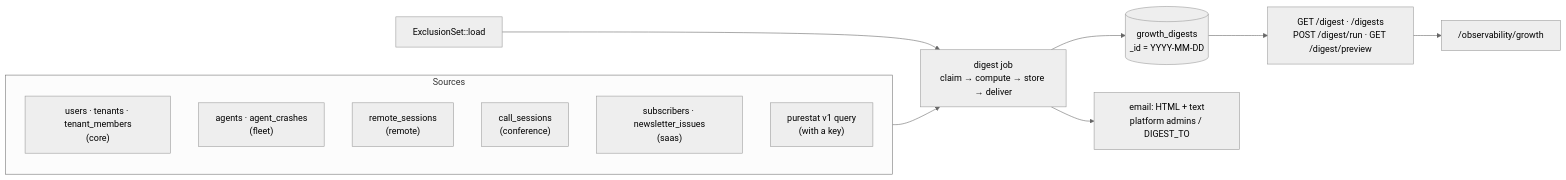
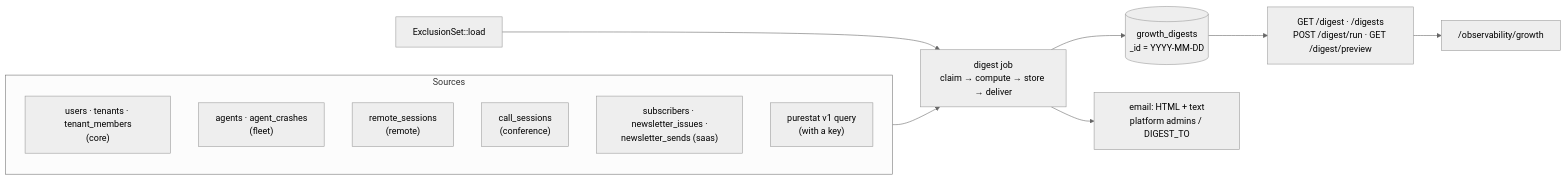
The second of 10 diagrams in docs/growth-observability.md (gjovanov/roomler-ai), drawn with Mermaid (neutral theme) before and after one commit. The commit also changed other lines of this file and 38 other files, not shown here.

````diff
--- a/docs/growth-observability.md
+++ b/docs/growth-observability.md
@@ -84,17 +86,17 @@
 ```mermaid
 flowchart LR
   subgraph sources["Sources"]
     U["users · tenants · tenant_members<br/>(core)"]
     F["agents · agent_crashes<br/>(fleet)"]
     RS["remote_sessions<br/>(remote)"]
     CS["call_sessions<br/>(conference)"]
-    NL["subscribers · newsletter_issues<br/>(saas)"]
+    NL["subscribers · newsletter_issues ·<br/>newsletter_sends (saas)"]
     PS["purestat v1 query<br/>(with a key)"]
   end
   X["ExclusionSet::load"] --> J
   sources --> J["digest job<br/>claim → compute → store → deliver"]
   J --> DB[("growth_digests<br/>_id = YYYY-MM-DD")]
   J --> M["email: HTML + text<br/>platform admins / DIGEST_TO"]
   DB --> API["GET /digest · /digests<br/>POST /digest/run · GET /digest/preview"]
   API --> UI["/observability/growth"]
 ```
````
